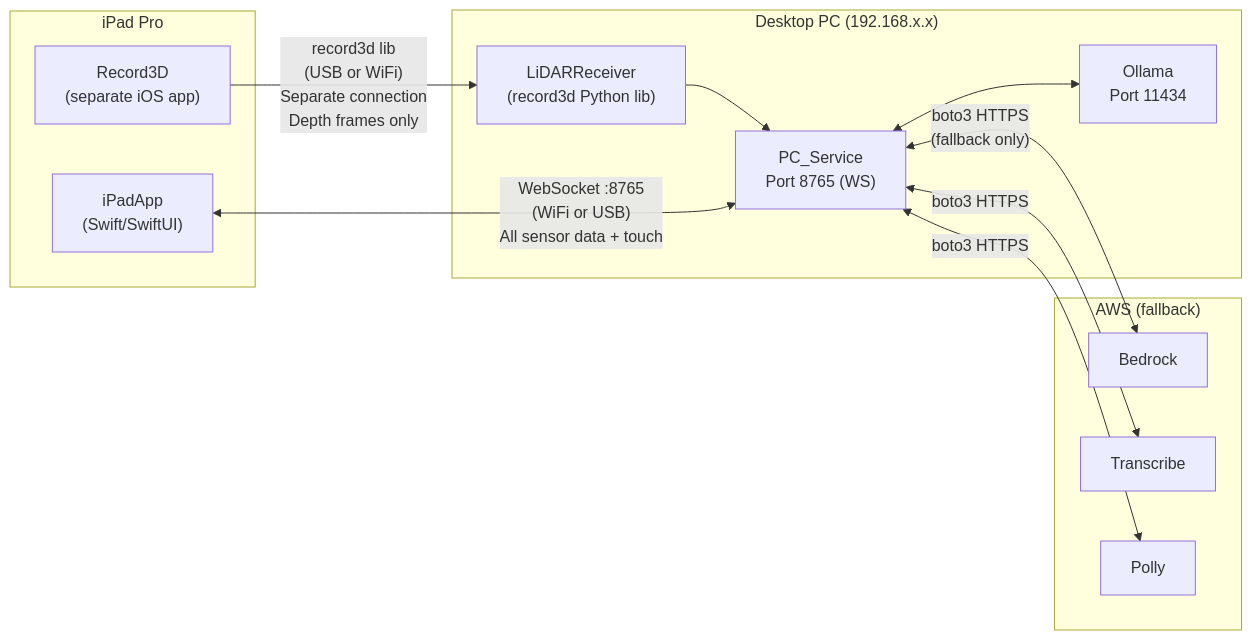
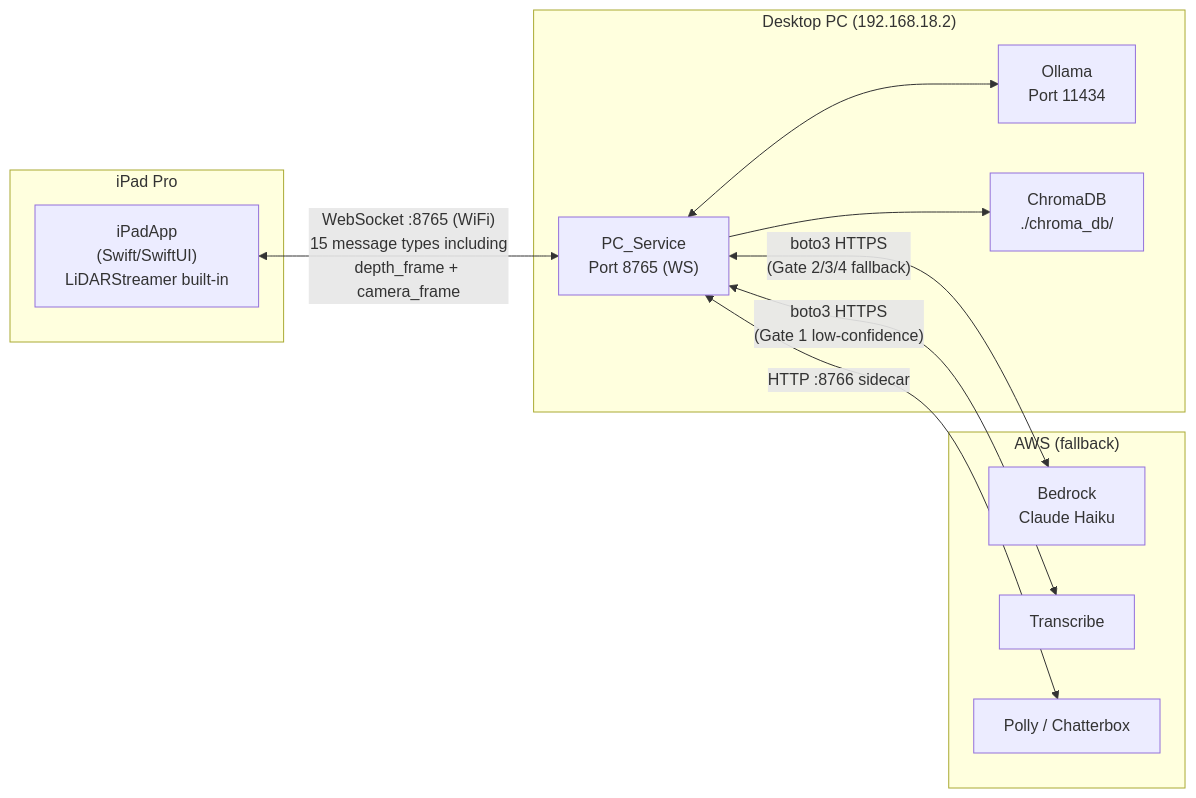
The fourth of 4 diagrams in .kiro/specs/ipad-sensor-focus/diagrams/01-system-architecture.md (Bradly187/Personal-Desktop-Agent), drawn with Mermaid before and after one commit. The commit also changed other lines of this file and 6 other files, not shown here.

````diff
--- a/.kiro/specs/ipad-sensor-focus/diagrams/01-system-architecture.md
+++ b/.kiro/specs/ipad-sensor-focus/diagrams/01-system-architecture.md
@@ -117,27 +118,25 @@
 ```mermaid
 flowchart LR
     subgraph ipad["iPad Pro"]
-        app["iPadApp\n(Swift/SwiftUI)"]
-        r3d["Record3D\n(separate iOS app)"]
+        app["iPadApp\n(Swift/SwiftUI)\nLiDARStreamer built-in"]
     end
 
-    subgraph desktop["Desktop PC (192.168.x.x)"]
+    subgraph desktop["Desktop PC (192.168.18.2)"]
         service["PC_Service\nPort 8765 (WS)"]
-        r3d_lib["LiDARReceiver\n(record3d Python lib)"]
         ollama_srv["Ollama\nPort 11434"]
+        chroma["ChromaDB\n./chroma_db/"]
         service <--> ollama_srv
-        r3d_lib --> service
+        service --> chroma
     end
 
     subgraph aws["AWS (fallback)"]
-        bedrock["Bedrock"]
+        bedrock["Bedrock\nClaude Haiku"]
         transcribe["Transcribe"]
-        polly["Polly"]
+        polly["Polly / Chatterbox"]
     end
 
-    app <-->|"WebSocket :8765\n(WiFi or USB)\nAll sensor data + touch"| service
-    r3d -->|"record3d lib\n(USB or WiFi)\nSeparate connection\nDepth frames only"| r3d_lib
-    service <-->|"boto3 HTTPS\n(fallback only)"| bedrock
-    service <-->|"boto3 HTTPS"| transcribe
-    service <-->|"boto3 HTTPS"| polly
+    app <-->|"WebSocket :8765 (WiFi)\n15 message types including\ndepth_frame + camera_frame"| service
+    service <-->|"boto3 HTTPS\n(Gate 2/3/4 fallback)"| bedrock
+    service <-->|"boto3 HTTPS\n(Gate 1 low-confidence)"| transcribe
+    service <-->|"HTTP :8766 sidecar"| polly
 ```
````
